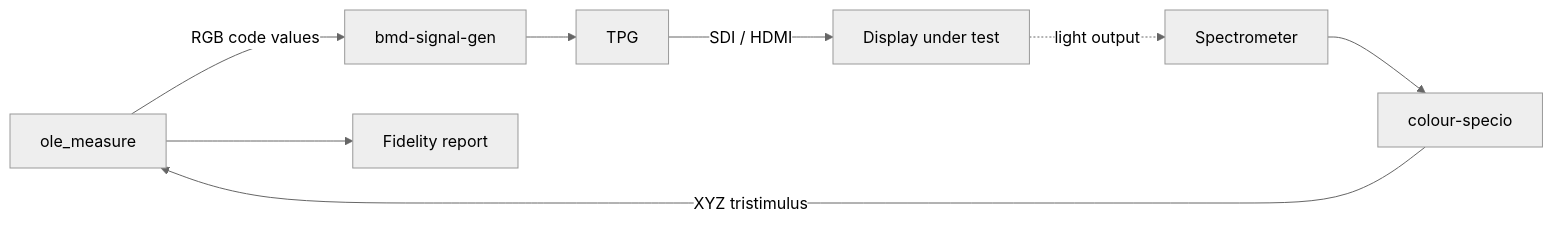
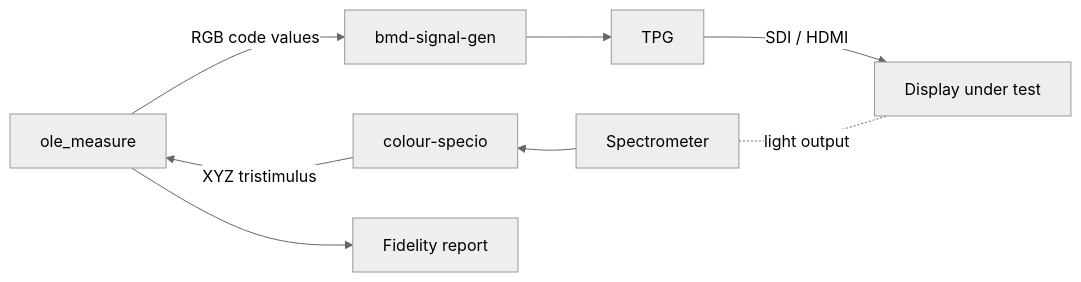
Before and after one commit to OpenDisplayEval/display-report: the diagram in USAGE.md, drawn with Mermaid (neutral theme). The commit also changed other lines of this file, not shown here.

````diff
--- a/USAGE.md
+++ b/USAGE.md
@@ -15,15 +21,16 @@
 ```mermaid
 flowchart LR
     PC[ole_measure]
     BMD[bmd-signal-gen]
     TPG[TPG]
     DUT[Display under test]
     SR[Spectrometer]
     CS[colour-specio]
     Report[Fidelity report]
 
     PC -- "RGB code values" --> BMD --> TPG -- "SDI / HDMI" --> DUT
-    DUT -. "light output" .-> SR
-    SR --> CS -- "XYZ tristimulus" --> PC
+    PC ~~~ CS -- "XYZ tristimulus" --> PC
+    CS ~~~ SR --> CS
+    SR -. "light output" .- DUT
     PC --> Report
 ```
````
